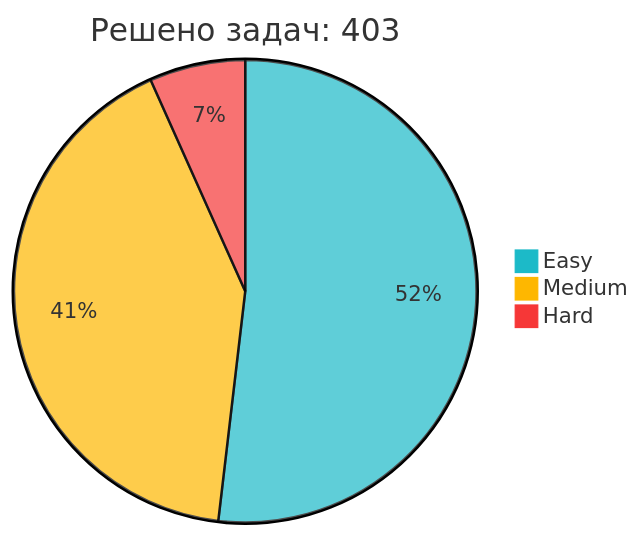
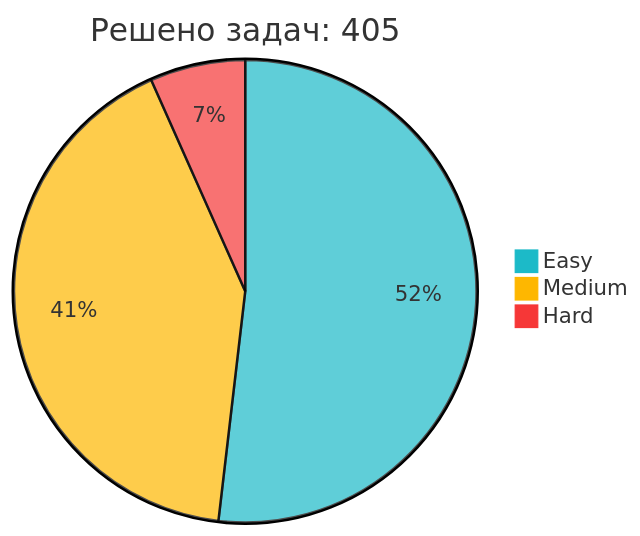
One commit to IliaKurdukov/IliaKurdukov changed the diagram in README.md. Above: the diagram before and after it, drawn with Mermaid. The commit also changed other lines of this file, not shown here.

Commit message:
📈 Обновление статистики LeetCode

````diff
--- a/README.md
+++ b/README.md
@@ -51,7 +51,7 @@
 ```mermaid
 %%{init: {'theme': 'base', 'themeVariables': { 'pie1': '#1CBAC8', 'pie2': '#FEB700', 'pie3': '#F63737' }, 'config': {'width': 300, 'height': 200}}}%%
-pie title Решено задач: 403
-   "Easy" : 209
-   "Medium" : 167
+pie title Решено задач: 405
+   "Easy" : 210
+   "Medium" : 168
    "Hard" : 27
 ```
````
